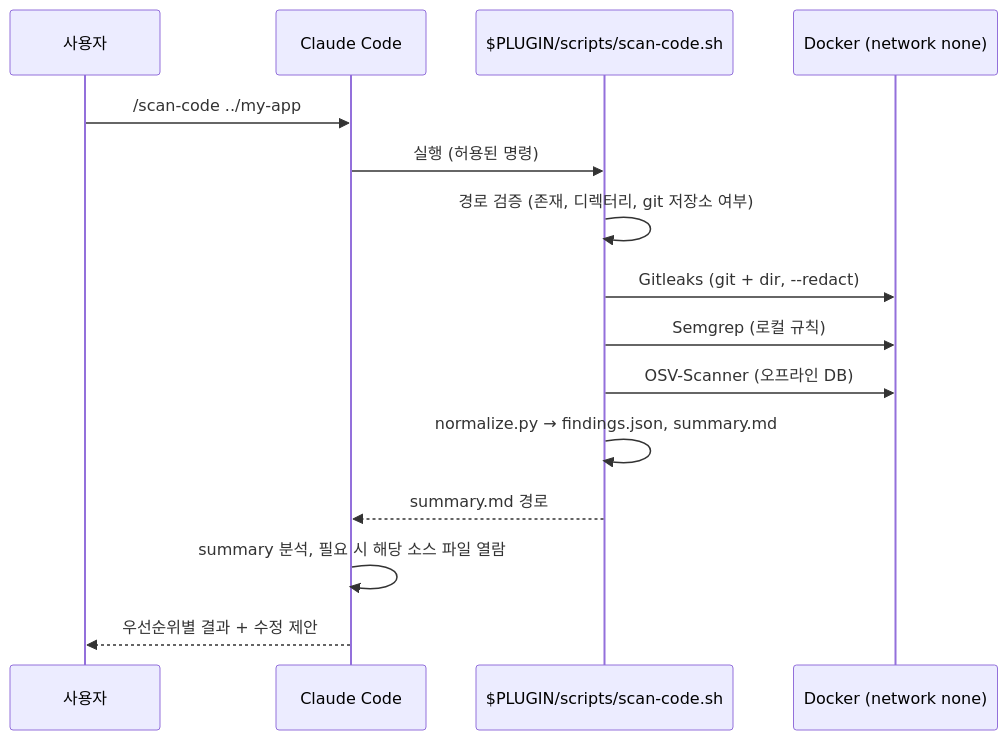
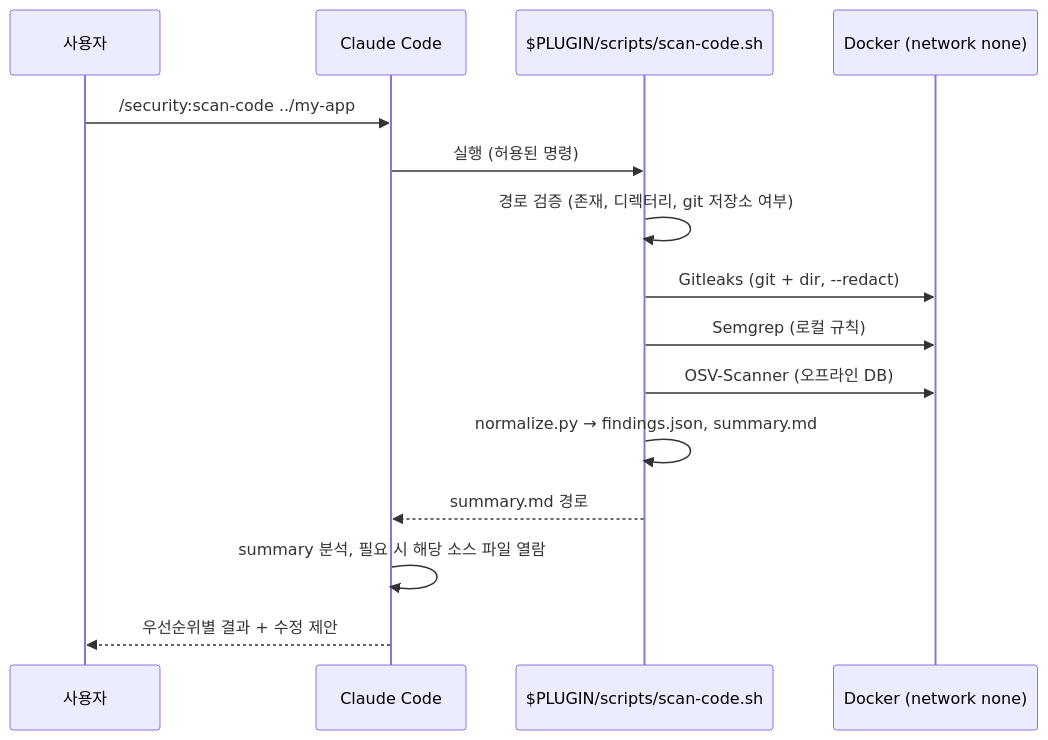
The diagram in docs/security/03 워크플로/scan-code.md (wnsgur9137/dev-workflow-kit), drawn with Mermaid before and after one commit. The commit also changed other lines of this file and 18 other files, not shown here.

````diff
--- a/docs/security/03 워크플로/scan-code.md
+++ b/docs/security/03 워크플로/scan-code.md
@@ -18,17 +18,17 @@
 ```mermaid
 sequenceDiagram
     participant U as 사용자
     participant C as Claude Code
     participant S as $PLUGIN/scripts/scan-code.sh
     participant D as Docker (network none)
-    U->>C: /scan-code ../my-app
+    U->>C: /security:scan-code ../my-app
     C->>S: 실행 (허용된 명령)
     S->>S: 경로 검증 (존재, 디렉터리, git 저장소 여부)
     S->>D: Gitleaks (git + dir, --redact)
     S->>D: Semgrep (로컬 규칙)
     S->>D: OSV-Scanner (오프라인 DB)
     S->>S: normalize.py → findings.json, summary.md
     S-->>C: summary.md 경로
     C->>C: summary 분석, 필요 시 해당 소스 파일 열람
     C-->>U: 우선순위별 결과 + 수정 제안
 ```
````
